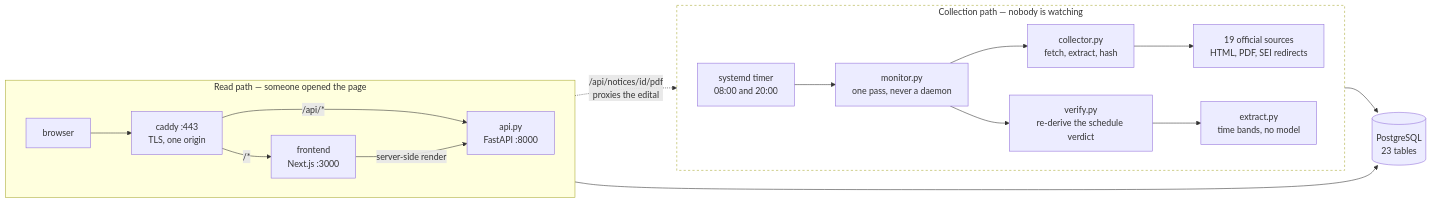
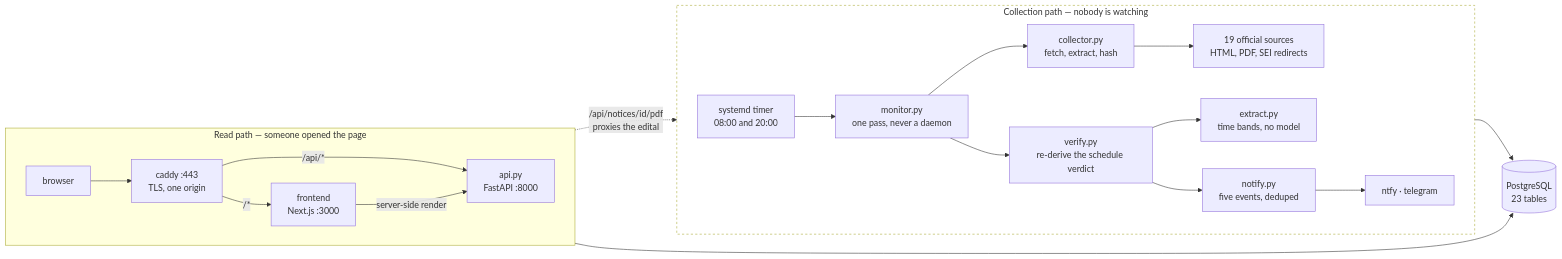
One commit to v1cferr/grad-radar changed the first of 3 diagrams in README.md. Above: the diagram before and after it, drawn with Mermaid. The commit also changed other lines of this file and 8 other files, not shown here.

````diff
--- a/README.md
+++ b/README.md
@@ -99,25 +100,27 @@
 ```mermaid
 flowchart LR
     subgraph read["Read path — someone opened the page"]
         direction LR
         B["browser"] --> C["caddy :443<br/>TLS, one origin"]
         C -->|"/*"| N["frontend<br/>Next.js :3000"]
         C -->|"/api/*"| A["api.py<br/>FastAPI :8000"]
         N -->|"server-side render"| A
     end
 
     subgraph collect["Collection path — nobody is watching"]
         direction LR
         T["systemd timer<br/>08:00 and 20:00"] --> M["monitor.py<br/>one pass, never a daemon"]
         M --> CO["collector.py<br/>fetch, extract, hash"]
         CO --> EXT["19 official sources<br/>HTML, PDF, SEI redirects"]
         M --> V["verify.py<br/>re-derive the schedule verdict"]
         V --> X["extract.py<br/>time bands, no model"]
+        V --> NT["notify.py<br/>five events, deduped"]
+        NT --> CH["ntfy · telegram"]
     end
 
     A --> DB[("PostgreSQL<br/>23 tables")]
     M --> DB
     A -.->|"/api/notices/id/pdf<br/>proxies the edital"| EXT
 
     style collect fill:transparent,stroke-dasharray: 4 4
 ```
````
